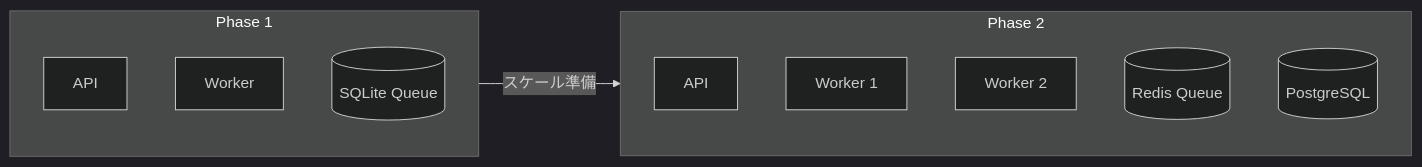
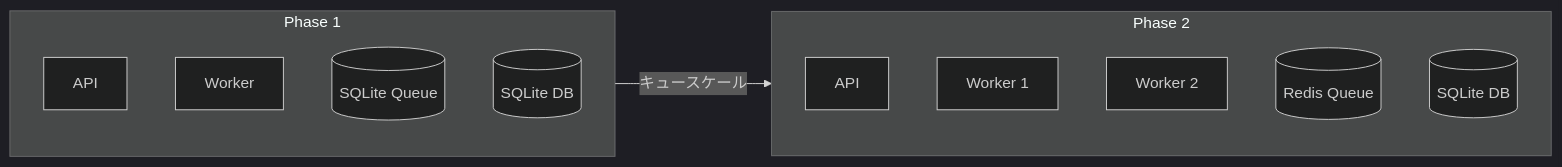
One commit to hampen2929/zloth changed diagram 16 of 18 in docs/architecture-v2.md. Above: the diagram before and after it, drawn with Mermaid (dark theme). The commit also changed other lines of this file, not shown here.

````diff
--- a/docs/architecture-v2.md
+++ b/docs/architecture-v2.md
@@ -810,18 +908,19 @@
 ```mermaid
 flowchart LR
     subgraph Phase1["Phase 1"]
         API1[API]
         Worker1[Worker]
         SQLiteQ[(SQLite Queue)]
+        SQLite2[(SQLite DB)]
     end
 
     subgraph Phase2["Phase 2"]
         API2[API]
         W1[Worker 1]
         W2[Worker 2]
         RedisQ[(Redis Queue)]
-        PostgreSQL[(PostgreSQL)]
+        SQLite3[(SQLite DB)]
     end
 
-    Phase1 -->|スケール準備| Phase2
+    Phase1 -->|キュースケール| Phase2
 ```
````
